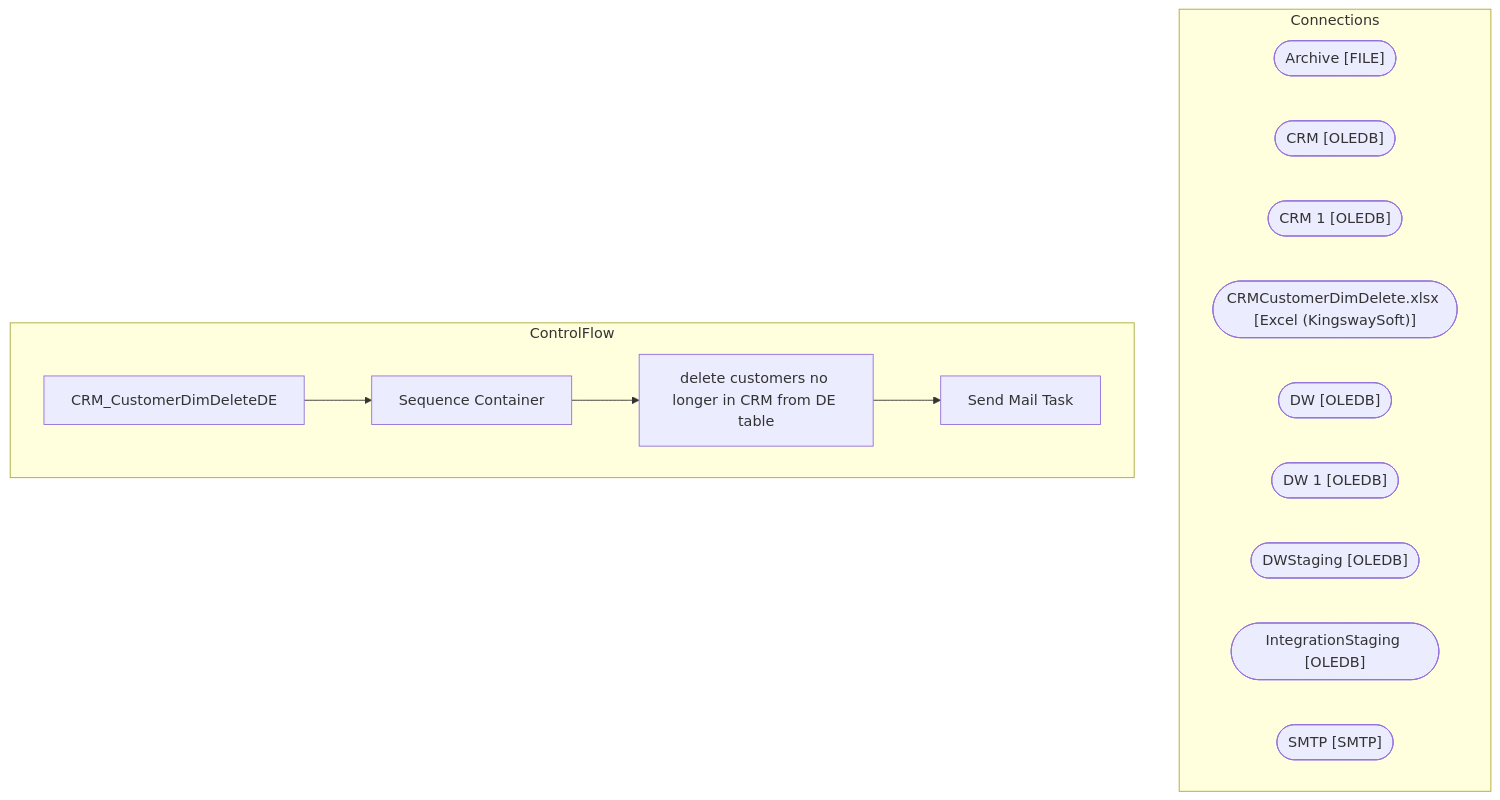
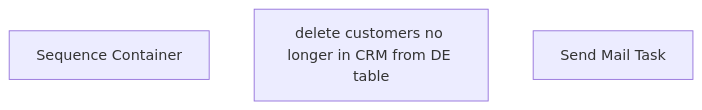
The diagram in bab-docs-explorer/Documentation/STL-SSIS-P-01/SSIS/CRM/CRM_CustomerDimDeleteDE.CRM_CustomerDimDeleteDE.md (juanandresbrain/BABSkills), drawn with Mermaid before and after one commit. The commit also changed other lines of this file and 273 other files, not shown here.

````diff
--- a/bab-docs-explorer/Documentation/STL-SSIS-P-01/SSIS/CRM/CRM_CustomerDimDeleteDE.CRM_CustomerDimDeleteDE.md
+++ b/bab-docs-explorer/Documentation/STL-SSIS-P-01/SSIS/CRM/CRM_CustomerDimDeleteDE.CRM_CustomerDimDeleteDE.md
@@ -9,23 +40,6 @@
 ```mermaid
 flowchart TD
-    subgraph Connections
-        Archive_conn(["Archive [FILE]"])
-        CRM_conn(["CRM [OLEDB]"])
-        CRM_1_conn(["CRM 1 [OLEDB]"])
-        CRMCustomerDimDelete_xlsx_conn(["CRMCustomerDimDelete.xlsx [Excel (KingswaySoft)]"])
-        DW_conn(["DW [OLEDB]"])
-        DW_1_conn(["DW 1 [OLEDB]"])
-        DWStaging_conn(["DWStaging [OLEDB]"])
-        IntegrationStaging_conn(["IntegrationStaging [OLEDB]"])
-        SMTP_conn(["SMTP [SMTP]"])
-    end
-    subgraph ControlFlow
-        CRM_CustomerDimDeleteDE_task["CRM_CustomerDimDeleteDE"]
-        Sequence_Container_task["Sequence Container"]
-        CRM_CustomerDimDeleteDE_task --> Sequence_Container_task
-        delete_customers_no_longer_in_CRM_from_DE_table_task["delete customers no longer in CRM from DE table"]
-        Sequence_Container_task --> delete_customers_no_longer_in_CRM_from_DE_table_task
-        Send_Mail_Task_task["Send Mail Task"]
-        delete_customers_no_longer_in_CRM_from_DE_table_task --> Send_Mail_Task_task
-    end
+    n_Package_Sequence_Container["Sequence Container"]
+    n_Package_Sequence_Container_delete_customers_no_longer_in_CRM_from_DE_table["delete customers no longer in CRM from DE table"]
+    n_Package_EventHandlers_OnError__Send_Mail_Task["Send Mail Task"]
 ```
````
